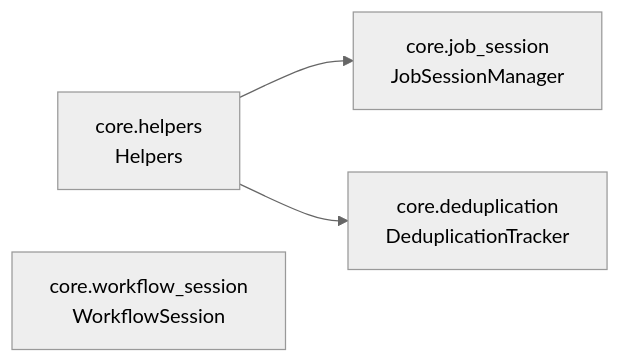
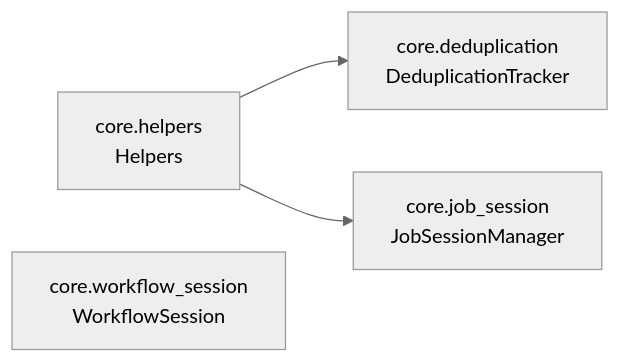
One commit to cj-mills/cjm-fasthtml-workflows changed the diagram in README.md. Above: the diagram before and after it, drawn with Mermaid (neutral theme). The commit also changed other lines of this file and 4 other files, not shown here.

````diff
--- a/README.md
+++ b/README.md
@@ -25,10 +25,10 @@
 ``` mermaid
 graph LR
     core_deduplication[core.deduplication<br/>DeduplicationTracker]
     core_helpers[core.helpers<br/>Helpers]
     core_job_session[core.job_session<br/>JobSessionManager]
     core_workflow_session[core.workflow_session<br/>WorkflowSession]
 
+    core_helpers --> core_deduplication
     core_helpers --> core_job_session
-    core_helpers --> core_deduplication
 ```
````
